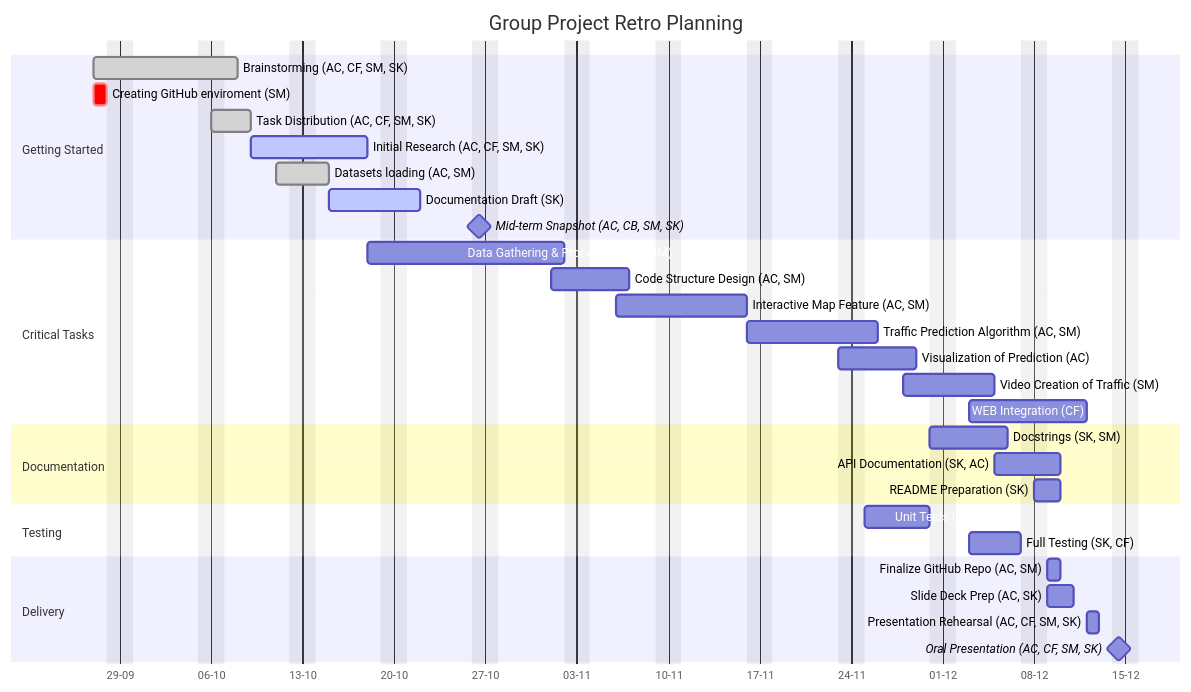
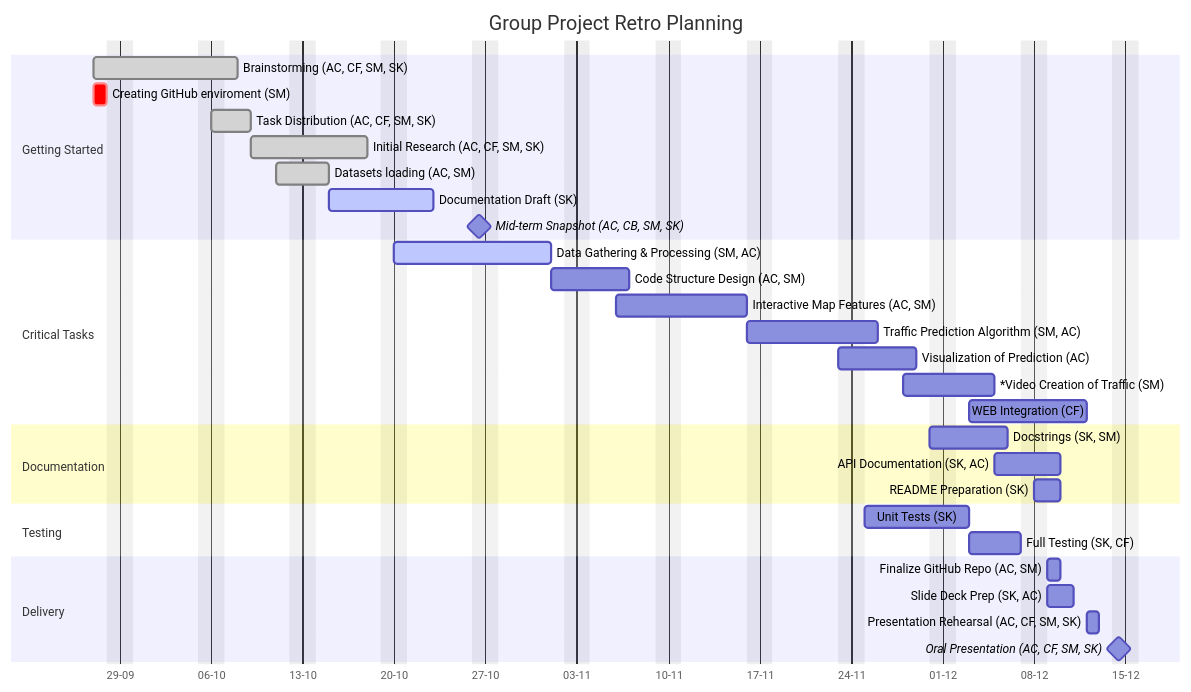
The diagram in README.md (mscaia/PROJ_HAX712X), drawn with Mermaid before and after one commit. The commit also changed other lines of this file, not shown here.

Commit message:
Update ## Gantt diagram

````diff
--- a/README.md
+++ b/README.md
@@ -28,41 +28,42 @@
 ```mermaid
+%%{init: {'themeVariables': {'taskTextColor': '#000000'}}}%%
 gantt
     title Group Project Retro Planning
     dateFormat  YYYY-MM-DD
     axisFormat  %d-%m
     excludes weekends
 
     section Getting Started
     Brainstorming (AC, CF, SM, SK): done, 2024-09-27, 7d
     Creating GitHub enviroment (SM) : crit, 2024-09-27, 1d
     Task Distribution (AC, CF, SM, SK): done, 2024-10-06, 3d
-    Initial Research (AC, CF, SM, SK):active, 2024-10-09, 7d
+    Initial Research (AC, CF, SM, SK): done, 2024-10-09, 7d
     Datasets loading (AC, SM): done, 2024-10-11, 2d
-    Documentation Draft (SK): active, 2024-10-15, 5d
+    Documentation Draft (SK): active, 2024-10-15, 6d
 
     Mid-term Snapshot (AC, CB, SM, SK) :milestone, 2024-10-25, 1d
 
 		section Critical Tasks
-		Data Gathering & Processing (AC, SM) : 2024-10-18, 11d
+		Data Gathering & Processing (SM, AC) : active, 2024-10-20, 10d
 		Code Structure Design (AC, SM) : 2024-11-01, 4d
-		Interactive Map Feature (AC, SM) : 2024-11-06, 8d
-		Traffic Prediction Algorithm (AC, SM) : 2024-11-16, 7d
+		Interactive Map Features (AC, SM) : 2024-11-06, 8d
+		Traffic Prediction Algorithm (SM, AC) : 2024-11-16, 7d
 		Visualization of Prediction (AC) : 2024-11-23, 5d
-		Video Creation of Traffic (SM) : 2024-11-28, 5d
+		*Video Creation of Traffic (SM) : 2024-11-28, 5d
 		WEB Integration (CF) : 2024-12-03, 7d
 
 		section Documentation
 		Docstrings (SK, SM) : 2024-11-30, 5d
 		API Documentation (SK, AC) : 2024-12-05, 3d
 		README Preparation (SK) : 2024-12-08, 2d
 
 		section Testing
-		Unit Tests (SK) : 2024-11-25, 5d
+    Unit Tests (SK) : 2024-11-25, 6d
 		Full Testing (SK, CF) : 2024-12-03, 4d
   
  		section Delivery
     Finalize GitHub Repo (AC, SM) :2024-12-09, 1d
-    Slide Deck Prep (AC, SK):2024-12-09, 2d
+    Slide Deck Prep (SK, AC):2024-12-09, 2d
     Presentation Rehearsal (AC, CF, SM, SK):2024-12-12, 1d
     Oral Presentation (AC, CF, SM, SK):milestone, 2024-12-13, 1d
 ```
````
